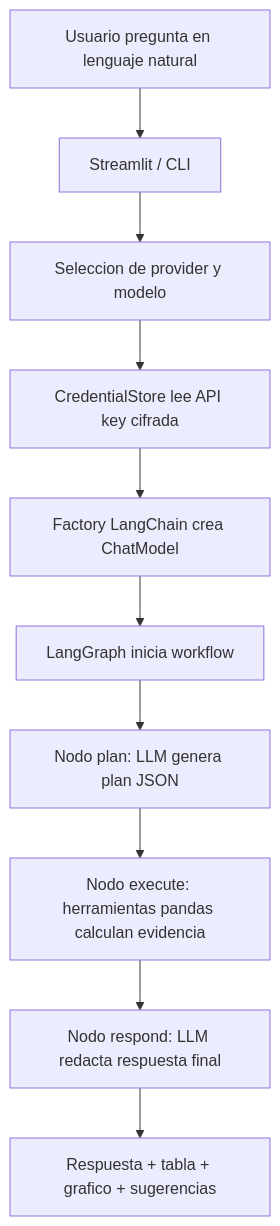
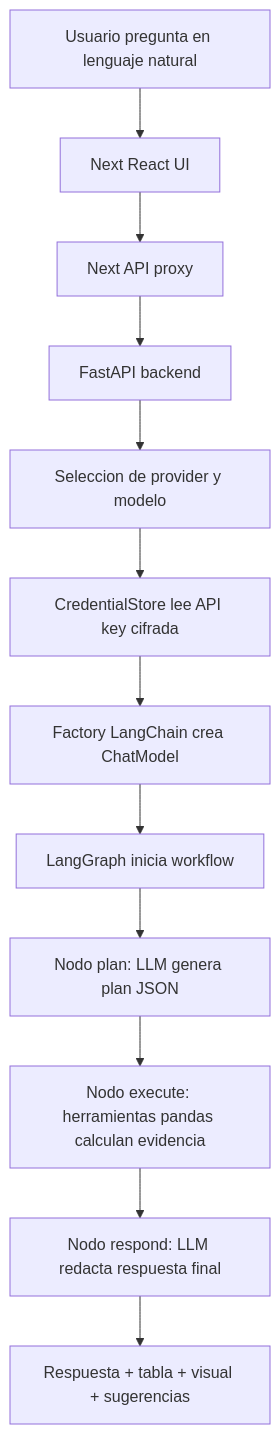
One commit to gabykap29/technical_test_rappi_agent_gabriel_acosta changed the diagram in ANALISIS.md. Above: the diagram before and after it, drawn with Mermaid. The commit also changed other lines of this file and 34 other files, not shown here.

Commit message:
feat(frontend): migrate streamlit ui to next

````diff
--- a/ANALISIS.md
+++ b/ANALISIS.md
@@ -67,12 +71,14 @@
 ```mermaid
 flowchart TD
-    A[Usuario pregunta en lenguaje natural] --> B[Streamlit / CLI]
-    B --> C[Seleccion de provider y modelo]
-    C --> D[CredentialStore lee API key cifrada]
-    D --> E[Factory LangChain crea ChatModel]
-    E --> F[LangGraph inicia workflow]
-    F --> G[Nodo plan: LLM genera plan JSON]
-    G --> H[Nodo execute: herramientas pandas calculan evidencia]
-    H --> I[Nodo respond: LLM redacta respuesta final]
-    I --> J[Respuesta + tabla + grafico + sugerencias]
+    A[Usuario pregunta en lenguaje natural] --> B[Next React UI]
+    B --> C[Next API proxy]
+    C --> D[FastAPI backend]
+    D --> E[Seleccion de provider y modelo]
+    E --> F[CredentialStore lee API key cifrada]
+    F --> G[Factory LangChain crea ChatModel]
+    G --> H[LangGraph inicia workflow]
+    H --> I[Nodo plan: LLM genera plan JSON]
+    I --> J[Nodo execute: herramientas pandas calculan evidencia]
+    J --> K[Nodo respond: LLM redacta respuesta final]
+    K --> L[Respuesta + tabla + visual + sugerencias]
 ```
````
